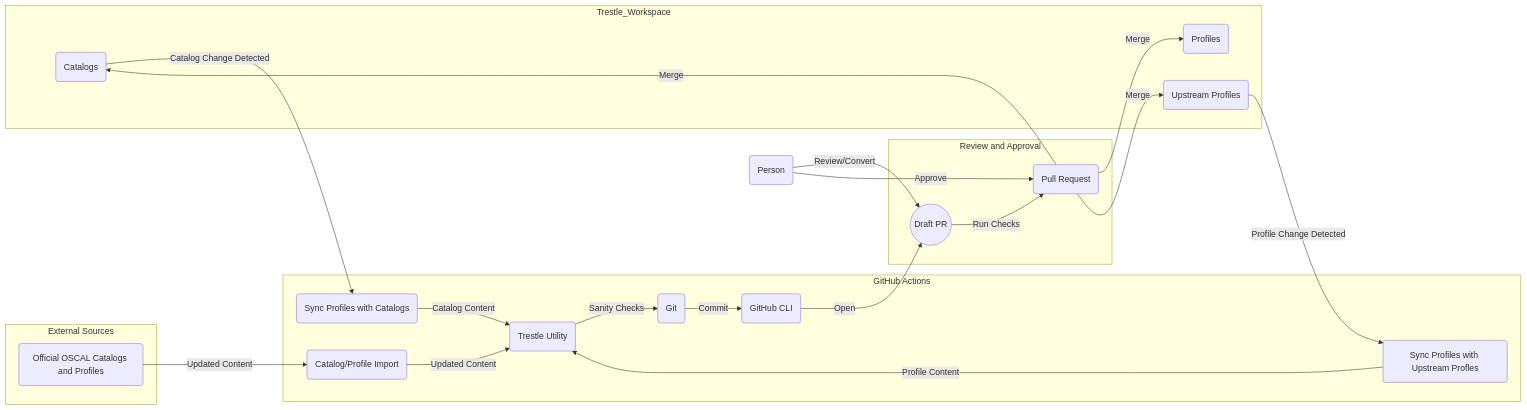
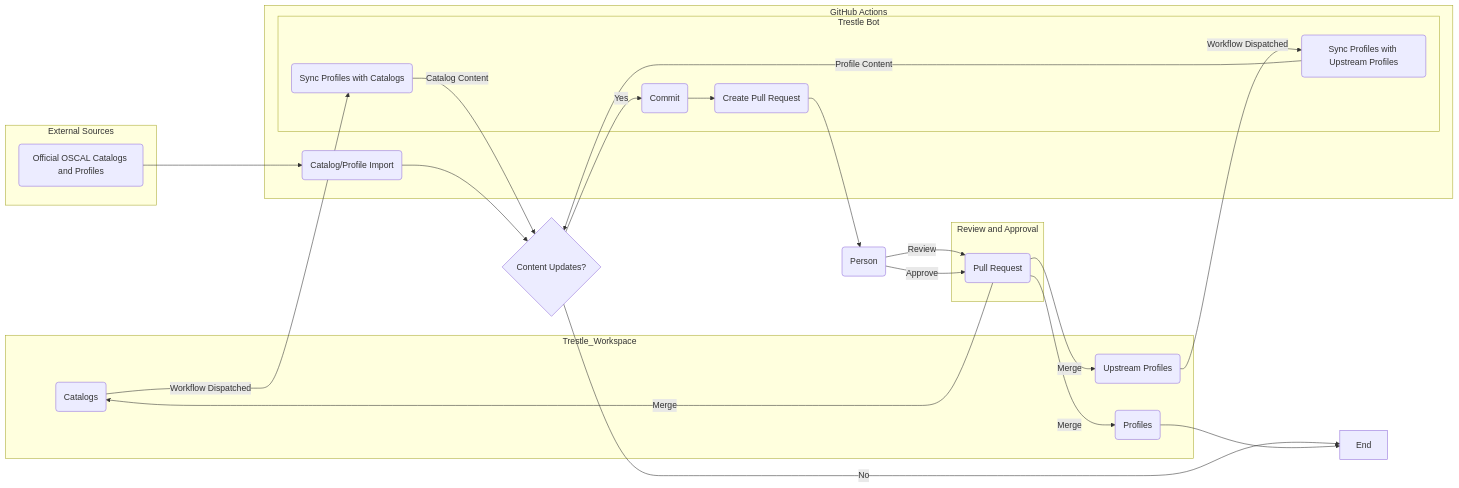
The diagram in README.md (RedHatProductSecurity/oscal-profiles), drawn with Mermaid before and after one commit. The commit also changed other lines of this file, not shown here.

Commit message:
docs: updates README.md with current limitations and workflow

````diff
--- a/README.md
+++ b/README.md
@@ -28,40 +28,41 @@
 ```mermaid
 graph LR
     subgraph Trestle_Workspace
         Catalogs(Catalogs)
         Profiles(Profiles)
         Upstream_Profiles(Upstream Profiles)
     end
     subgraph External Sources
         Official_Catalogs_Profiles(Official OSCAL Catalogs and Profiles)
     end
     subgraph GitHub Actions
         Catalog_Profile_Import(Catalog/Profile Import)
-        Sync_Profiles(Sync Profiles with Catalogs)
-        Sync_Profiles_P(Sync Profiles with Upstream Profles)
-        Trestle_Utility(Trestle Utility)
-        Git(Git)
-        GitHub_CLI(GitHub CLI)
+        subgraph Trestle Bot
+            Commit(Commit)
+            Create_Pull_Request(Create Pull Request)
+            Sync_Profiles(Sync Profiles with Catalogs)
+            Sync_Profiles_P(Sync Profiles with Upstream Profiles)
+        end
     end
     subgraph Review and Approval
-        Draft_PR((Draft PR))
         Pull_Request(Pull Request)
     end
     Person(Person)
 
-    Official_Catalogs_Profiles -- Updated Content --> Catalog_Profile_Import
-    Catalog_Profile_Import -- Updated Content --> Trestle_Utility
-    Trestle_Utility -- Sanity Checks --> Git
-    Git -- Commit--> GitHub_CLI
-    GitHub_CLI -- Open --> Draft_PR
-    Sync_Profiles -- Catalog Content --> Trestle_Utility
-    Sync_Profiles_P -- Profile Content --> Trestle_Utility
-    Draft_PR -- Run Checks --> Pull_Request
+    Official_Catalogs_Profiles --> Catalog_Profile_Import
+    Catalog_Profile_Import --> A{Content Updates?}
+    A -- Yes --> Commit
+    Commit --> Create_Pull_Request
+    Create_Pull_Request --> Person
+    A -- No --> B[End]
+    Sync_Profiles -- Catalog Content --> A
+    Sync_Profiles_P -- Profile Content --> A
     Pull_Request -- Merge --> Catalogs
     Pull_Request -- Merge --> Profiles
     Pull_Request -- Merge --> Upstream_Profiles
-    Catalogs -- Catalog Change Detected --> Sync_Profiles
-    Upstream_Profiles -- Profile Change Detected --> Sync_Profiles_P
-    Person -- Review/Convert --> Draft_PR
+    Catalogs -- Workflow Dispatched --> Sync_Profiles
+    Upstream_Profiles -- Workflow Dispatched --> Sync_Profiles_P
+    Person -- Review --> Pull_Request
     Person -- Approve --> Pull_Request
+    Profiles --> B
 ```
````
